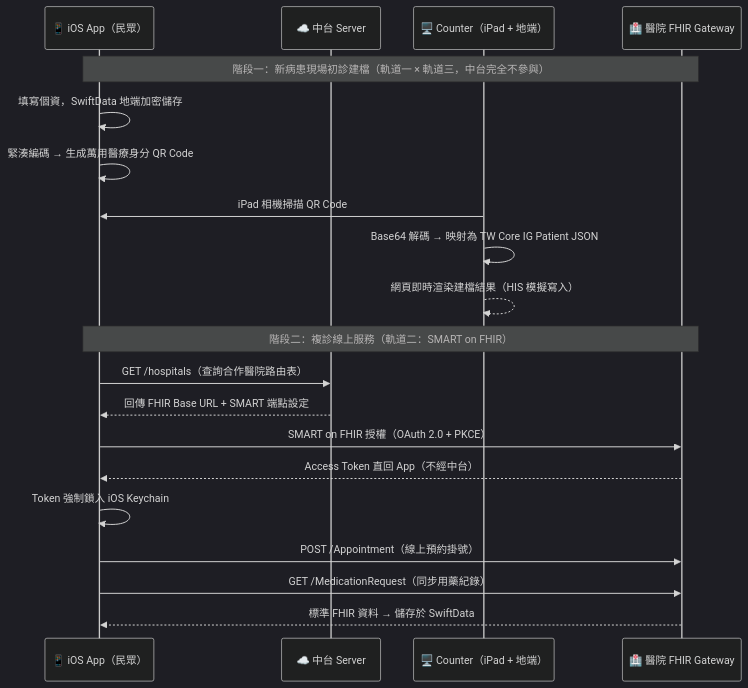
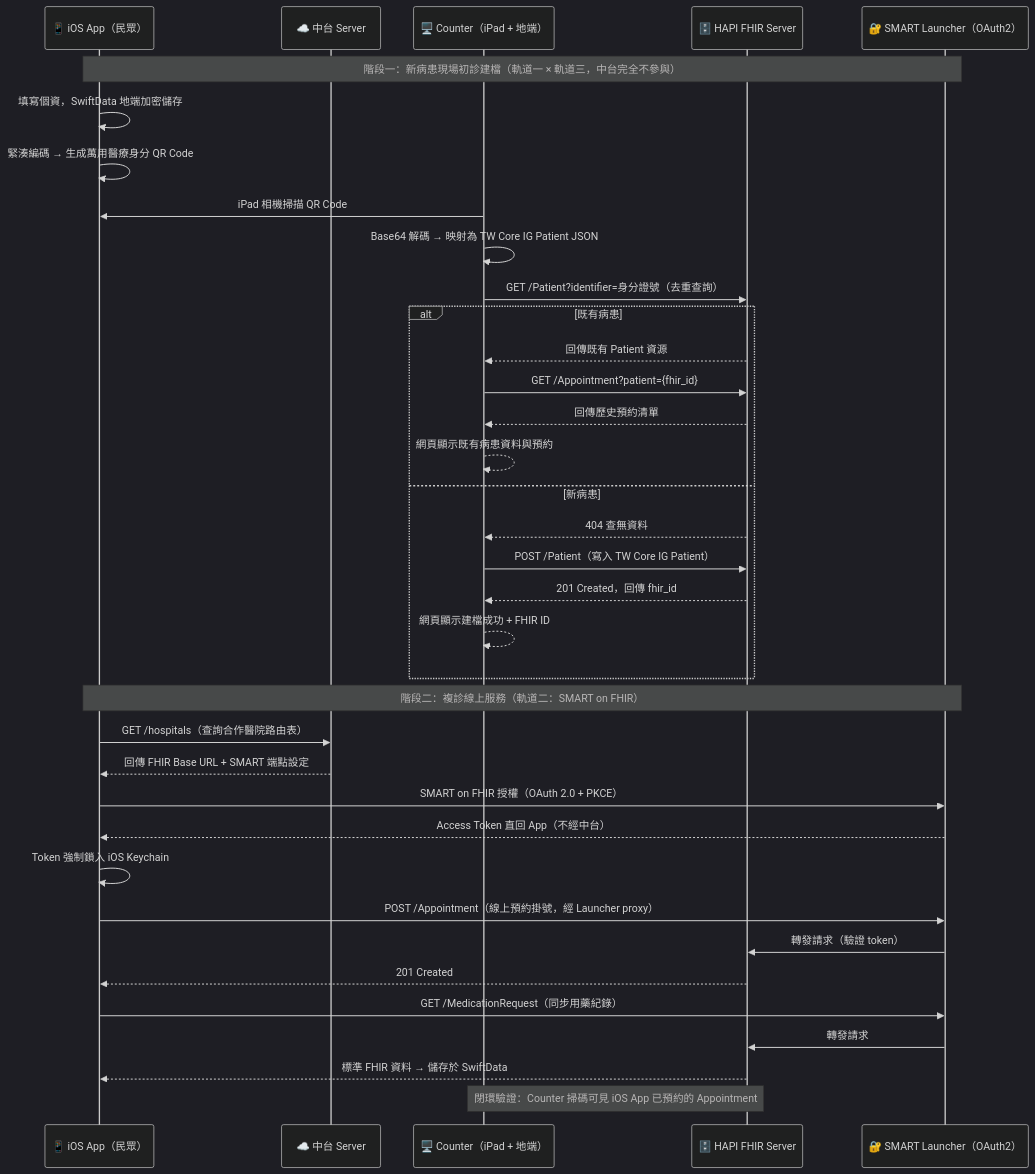
Before and after one commit to shinrenpan/FHIRpass: the diagram in README.md, drawn with Mermaid (dark theme). The commit also changed other lines of this file and 1 other file, not shown here.

Commit message:
docs: 更新 CLAUDE.md 和 README.md 反映 Counter 真實 FHIR 寫入架構
- CLAUDE.md：軌道三描述改為真實 FHIR 操作（去重查詢 + 條件建立 + 預約顯示）
- CLAUDE.md：常用指令補充 sandbox 系列命令與 FHIR_SERVER_URL 說明
- README.md：軌道三描述從「HIS 模擬」改為真實去重建檔流程
- README.md：Mermaid 圖補充 Counter→HAPI 寫入路徑、預約查詢、既有/新病患分支
- README.md：MVP 優勢第二點強調真實 FHIR 資料流而非模擬

````diff
--- a/README.md
+++ b/README.md
@@ -44,29 +45,46 @@
 ```mermaid
 sequenceDiagram
     participant iOS  as 📱 iOS App（民眾）
     participant Srv  as ☁️ 中台 Server
     participant Ctr  as 🖥️ Counter（iPad + 地端）
-    participant FHIR as 🏥 醫院 FHIR Gateway
+    participant HAPI as 🗄️ HAPI FHIR Server
+    participant Auth as 🔐 SMART Launcher（OAuth2）
 
-    Note over iOS,FHIR: 階段一：新病患現場初診建檔（軌道一 × 軌道三，中台完全不參與）
+    Note over iOS,Auth: 階段一：新病患現場初診建檔（軌道一 × 軌道三，中台完全不參與）
 
     iOS->>iOS: 填寫個資，SwiftData 地端加密儲存
     iOS->>iOS: 緊湊編碼 → 生成萬用醫療身分 QR Code
 
     Ctr->>iOS: iPad 相機掃描 QR Code
     Ctr->>Ctr: Base64 解碼 → 映射為 TW Core IG Patient JSON
-    Ctr-->>Ctr: 網頁即時渲染建檔結果（HIS 模擬寫入）
+    Ctr->>HAPI: GET /Patient?identifier=身分證號（去重查詢）
+    alt 既有病患
+        HAPI-->>Ctr: 回傳既有 Patient 資源
+        Ctr->>HAPI: GET /Appointment?patient={fhir_id}
+        HAPI-->>Ctr: 回傳歷史預約清單
+        Ctr-->>Ctr: 網頁顯示既有病患資料與預約
+    else 新病患
+        HAPI-->>Ctr: 404 查無資料
+        Ctr->>HAPI: POST /Patient（寫入 TW Core IG Patient）
+        HAPI-->>Ctr: 201 Created，回傳 fhir_id
+        Ctr-->>Ctr: 網頁顯示建檔成功 + FHIR ID
+    end
 
-    Note over iOS,FHIR: 階段二：複診線上服務（軌道二：SMART on FHIR）
+    Note over iOS,Auth: 階段二：複診線上服務（軌道二：SMART on FHIR）
 
     iOS->>Srv: GET /hospitals（查詢合作醫院路由表）
     Srv-->>iOS: 回傳 FHIR Base URL + SMART 端點設定
 
-    iOS->>FHIR: SMART on FHIR 授權（OAuth 2.0 + PKCE）
-    FHIR-->>iOS: Access Token 直回 App（不經中台）
+    iOS->>Auth: SMART on FHIR 授權（OAuth 2.0 + PKCE）
+    Auth-->>iOS: Access Token 直回 App（不經中台）
     iOS->>iOS: Token 強制鎖入 iOS Keychain
 
-    iOS->>FHIR: POST /Appointment（線上預約掛號）
-    iOS->>FHIR: GET /MedicationRequest（同步用藥紀錄）
-    FHIR-->>iOS: 標準 FHIR 資料 → 儲存於 SwiftData
+    iOS->>Auth: POST /Appointment（線上預約掛號，經 Launcher proxy）
+    Auth->>HAPI: 轉發請求（驗證 token）
+    HAPI-->>iOS: 201 Created
+    iOS->>Auth: GET /MedicationRequest（同步用藥紀錄）
+    Auth->>HAPI: 轉發請求
+    HAPI-->>iOS: 標準 FHIR 資料 → 儲存於 SwiftData
+
+    Note over Ctr,HAPI: 閉環驗證：Counter 掃碼可見 iOS App 已預約的 Appointment
 ```
````
